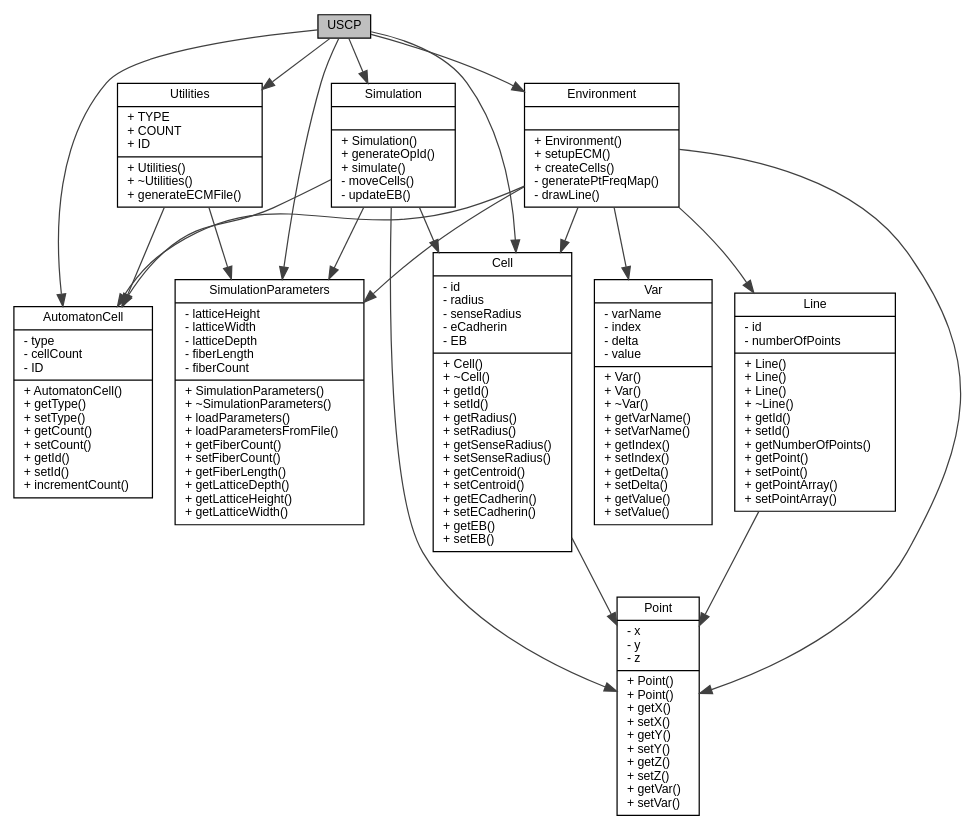
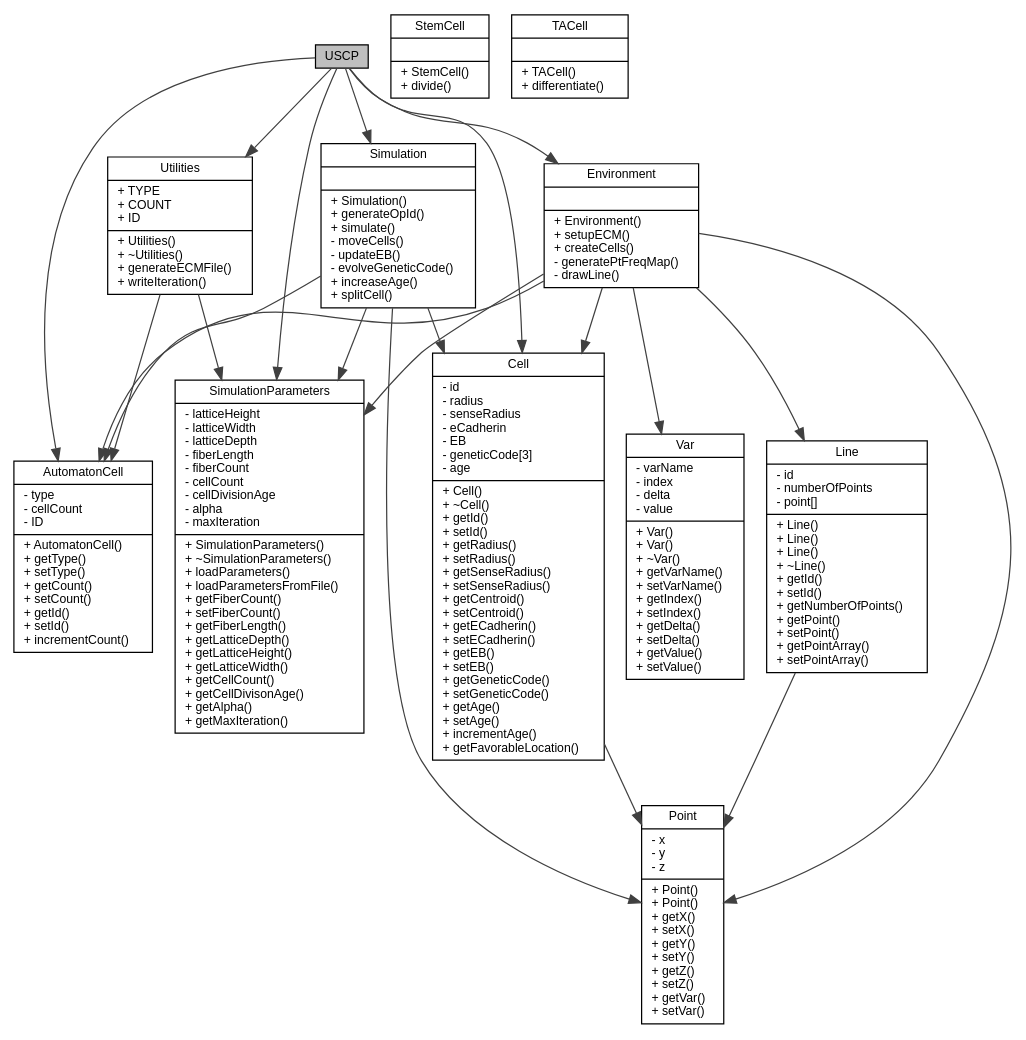
One commit to abhaymittal/Model-Stem-Cells changed the diagram in docs/diag/class_diag.dot. Above: the diagram before and after it, drawn with Graphviz. The commit also changed 1 other file, not shown here.

Commit message:
CLASS_DIAG => Added changes to existing classes and StemCell and TACell class.

```diff
--- a/docs/diag/class_diag.dot
+++ b/docs/diag/class_diag.dot
@@ -1,43 +1,72 @@
-digraph "Class_Diagram"
-{
-  edge [fontname="Helvetica",fontsize="10",labelfontname="Helvetica",labelfontsize="10"];
-  node [fontname="Helvetica",fontsize="10",shape=record];
-  uscp [label="USCP",height=0.2,width=0.4,color="black", fillcolor="grey75", style="filled" fontcolor="black"];
-  automaton_cell [label="{AutomatonCell\n|- type\l- cellCount\l- ID\l|+ AutomatonCell()\l+ getType()\l+ setType()\l+ getCount()\l+ setCount()\l+ getId()\l+ setId()\l+ incrementCount()\l}",height=0.2,width=0.4,color="black", fillcolor="white", style="filled" fontcolor="black"];
-  cell [label="{Cell\n|- id\l- radius\l- senseRadius\l- eCadherin\l- EB\l|+ Cell()\l+ ~Cell()\l+ getId()\l+ setId()\l+ getRadius()\l+ setRadius()\l+ getSenseRadius()\l+ setSenseRadius()\l+ getCentroid()\l+ setCentroid()\l+ getECadherin()\l+ setECadherin()\l+ getEB()\l+ setEB()\l}",height=0.2,width=0.4,color="black", fillcolor="white", style="filled" fontcolor="black"];
-  environment [label="{Environment\n||+ Environment()\l+ setupECM()\l+ createCells()\l- generatePtFreqMap()\l- drawLine()\l}",height=0.2,width=0.4,color="black", fillcolor="white", style="filled" fontcolor="black"];
-  line [label="{Line\n|- id\l- numberOfPoints\l|+ Line()\l+ Line()\l+ Line()\l+ ~Line()\l+ getId()\l+ setId()\l+ getNumberOfPoints()\l+ getPoint()\l+ setPoint()\l+ getPointArray()\l+ setPointArray()\l}",height=0.2,width=0.4,color="black", fillcolor="white", style="filled" fontcolor="black"];
-  point [label="{Point\n|- x\l- y\l- z\l|+ Point()\l+ Point()\l+ getX()\l+ setX()\l+ getY()\l+ setY()\l+ getZ()\l+ setZ()\l+ getVar()\l+ setVar()\l}",height=0.2,width=0.4,color="black", fillcolor="white", style="filled" fontcolor="black"];
-  simulation [label="{Simulation\n||+ Simulation()\l+ generateOpId()\l+ simulate()\l- moveCells()\l- updateEB()\l}",height=0.2,width=0.4,color="black", fillcolor="white", style="filled" fontcolor="black"];
-  simulation_param [label="{SimulationParameters\n|- latticeHeight\l- latticeWidth\l- latticeDepth\l- fiberLength\l- fiberCount\l|+ SimulationParameters()\l+ ~SimulationParameters()\l+ loadParameters()\l+ loadParametersFromFile()\l+ getFiberCount()\l+ setFiberCount()\l+ getFiberLength()\l+ getLatticeDepth()\l+ getLatticeHeight()\l+ getLatticeWidth()\l}",height=0.2,width=0.4,color="black", fillcolor="white", style="filled" fontcolor="black"];
-  utilities [label="{Utilities\n|+ TYPE\l+ COUNT\l+ ID\l|+ Utilities()\l+ ~Utilities()\l+ generateECMFile()\l}",height=0.2,width=0.4,color="black", fillcolor="white", style="filled" fontcolor="black"];
-  var [label="{Var\n|- varName\l- index\l- delta\l- value\l|+ Var()\l+ Var()\l+ ~Var()\l+ getVarName()\l+ setVarName()\l+ getIndex()\l+ setIndex()\l+ getDelta()\l+ setDelta()\l+ getValue()\l+ setValue()\l}",height=0.2,width=0.4,color="black", fillcolor="white", style="filled" fontcolor="black"];
+digraph "Class_Diagram" {
+	
+	//----------------------------------------------------------------------------------------------
+	edge [fontname="Helvetica",fontsize="10",labelfontname="Helvetica",labelfontsize="10"];
 
+node [fontname="Helvetica",fontsize="10",shape=record];
+//----------------------------------------------------------------------------------------------
 
-  uscp -> automaton_cell [color="grey25",fontsize="10",style="solid" ,fontname="Helvetica"];
-  uscp -> cell [color="grey25",fontsize="10",style="solid" ,fontname="Helvetica"];
-  uscp -> environment [color="grey25",fontsize="10",style="solid" ,fontname="Helvetica"];
-  uscp -> simulation [color="grey25",fontsize="10",style="solid" ,fontname="Helvetica"];
-  uscp -> simulation_param [color="grey25",fontsize="10",style="solid" ,fontname="Helvetica"];
-  uscp -> utilities [color="grey25",fontsize="10",style="solid" ,fontname="Helvetica"];
+uscp [label="USCP",height=0.2,width=0.4,color="black", fillcolor="grey75", style="filled" fontcolor="black"];
 
-  cell -> point [color="grey25",fontsize="10",style="solid" ,fontname="Helvetica"];
+//----------------------------------------------------------------------------------------------
+automaton_cell [label="{AutomatonCell\n|- type\l- cellCount\l- ID\l|+ AutomatonCell()\l+ getType()\l+ setType()\l+ getCount()\l+ setCount()\l+ getId()\l+ setId()\l+ incrementCount()\l}",height=0.2,width=0.4,color="black", fillcolor="white", style="filled" fontcolor="black"];
 
-  environment -> automaton_cell [color="grey25",fontsize="10",style="solid" ,fontname="Helvetica"];
-  environment -> cell [color="grey25",fontsize="10",style="solid" ,fontname="Helvetica"];
-  environment -> line [color="grey25",fontsize="10",style="solid" ,fontname="Helvetica"];
-  environment -> point [color="grey25",fontsize="10",style="solid" ,fontname="Helvetica"];
-  environment -> simulation_param [color="grey25",fontsize="10",style="solid" ,fontname="Helvetica"];
-  environment -> var [color="grey25",fontsize="10",style="solid" ,fontname="Helvetica"];
+//----------------------------------------------------------------------------------------------
+cell [label="{Cell\n|- id\l- radius\l- senseRadius\l- eCadherin\l- EB\l- geneticCode[3]\l- age\l|+ Cell()\l+ ~Cell()\l+ getId()\l+ setId()\l+ getRadius()\l+ setRadius()\l+ getSenseRadius()\l+ setSenseRadius()\l+ getCentroid()\l+ setCentroid()\l+ getECadherin()\l+ setECadherin()\l+ getEB()\l+ setEB()\l+ getGeneticCode()\l+ setGeneticCode()\l+ getAge()\l+ setAge()\l+ incrementAge()\l+ getFavorableLocation()\l}",height=0.2,width=0.4,color="black", fillcolor="white", style="filled" fontcolor="black"];
 
-  line -> point [color="grey25",fontsize="10",style="solid" ,fontname="Helvetica"];
+//----------------------------------------------------------------------------------------------
+environment [label="{Environment\n||+ Environment()\l+ setupECM()\l+ createCells()\l- generatePtFreqMap()\l- drawLine()\l}",height=0.2,width=0.4,color="black", fillcolor="white", style="filled" fontcolor="black"];
 
-  simulation -> automaton_cell [color="grey25",fontsize="10",style="solid" ,fontname="Helvetica"];
-  simulation -> cell [color="grey25",fontsize="10",style="solid" ,fontname="Helvetica"];
-  simulation -> point [color="grey25",fontsize="10",style="solid" ,fontname="Helvetica"];
-  simulation -> simulation_param [color="grey25",fontsize="10",style="solid" ,fontname="Helvetica"];
-  
-  utilities -> automaton_cell [color="grey25",fontsize="10",style="solid" ,fontname="Helvetica"];
-  utilities -> simulation_param [color="grey25",fontsize="10",style="solid" ,fontname="Helvetica"];
-  
+//----------------------------------------------------------------------------------------------
+line [label="{Line\n|- id\l- numberOfPoints\l- point[]\l|+ Line()\l+ Line()\l+ Line()\l+ ~Line()\l+ getId()\l+ setId()\l+ getNumberOfPoints()\l+ getPoint()\l+ setPoint()\l+ getPointArray()\l+ setPointArray()\l}",height=0.2,width=0.4,color="black", fillcolor="white", style="filled" fontcolor="black"];
+
+//----------------------------------------------------------------------------------------------
+point [label="{Point\n|- x\l- y\l- z\l|+ Point()\l+ Point()\l+ getX()\l+ setX()\l+ getY()\l+ setY()\l+ getZ()\l+ setZ()\l+ getVar()\l+ setVar()\l}",height=0.2,width=0.4,color="black", fillcolor="white", style="filled" fontcolor="black"];
+
+//----------------------------------------------------------------------------------------------
+simulation [label="{Simulation\n||+ Simulation()\l+ generateOpId()\l+ simulate()\l- moveCells()\l- updateEB()\l- evolveGeneticCode()\l+ increaseAge()\l+ splitCell()\l}",height=0.2,width=0.4,color="black", fillcolor="white", style="filled" fontcolor="black"];
+
+//----------------------------------------------------------------------------------------------
+simulation_param [label="{SimulationParameters\n|- latticeHeight\l- latticeWidth\l- latticeDepth\l- fiberLength\l- fiberCount\l- cellCount\l- cellDivisionAge\l- alpha\l- maxIteration\l|+ SimulationParameters()\l+ ~SimulationParameters()\l+ loadParameters()\l+ loadParametersFromFile()\l+ getFiberCount()\l+ setFiberCount()\l+ getFiberLength()\l+ getLatticeDepth()\l+ getLatticeHeight()\l+ getLatticeWidth()\l+ getCellCount()\l+ getCellDivisonAge()\l+ getAlpha()\l+ getMaxIteration()\l}",height=0.2,width=0.4,color="black", fillcolor="white", style="filled" fontcolor="black"];
+
+//----------------------------------------------------------------------------------------------
+utilities [label="{Utilities\n|+ TYPE\l+ COUNT\l+ ID\l|+ Utilities()\l+ ~Utilities()\l+ generateECMFile()\l+ writeIteration()\l}",height=0.2,width=0.4,color="black", fillcolor="white", style="filled" fontcolor="black"];
+
+//----------------------------------------------------------------------------------------------
+var [label="{Var\n|- varName\l- index\l- delta\l- value\l|+ Var()\l+ Var()\l+ ~Var()\l+ getVarName()\l+ setVarName()\l+ getIndex()\l+ setIndex()\l+ getDelta()\l+ setDelta()\l+ getValue()\l+ setValue()\l}",height=0.2,width=0.4,color="black", fillcolor="white", style="filled" fontcolor="black"];
+
+//----------------------------------------------------------------------------------------------
+stem_cell [label="{StemCell\n||+ StemCell()\l+ divide()\l}",height=0.2,width=0.4,color="black", fillcolor="white", style="filled" fontcolor="black"];
+
+//----------------------------------------------------------------------------------------------
+ta_cell [label="{TACell\n||+ TACell()\l+ differentiate()\l}",height=0.2,width=0.4,color="black", fillcolor="white", style="filled" fontcolor="black"];
+
+//----------------------------------------------------------------------------------------------
+uscp -> automaton_cell
+ [color="grey25",fontsize="10",style="solid" ,fontname="Helvetica"];
+uscp -> cell [color="grey25",fontsize="10",style="solid" ,fontname="Helvetica"];
+uscp -> environment [color="grey25",fontsize="10",style="solid" ,fontname="Helvetica"];
+uscp -> simulation [color="grey25",fontsize="10",style="solid" ,fontname="Helvetica"];
+uscp -> simulation_param [color="grey25",fontsize="10",style="solid" ,fontname="Helvetica"];
+uscp -> utilities [color="grey25",fontsize="10",style="solid" ,fontname="Helvetica"];
+
+cell -> point [color="grey25",fontsize="10",style="solid" ,fontname="Helvetica"];
+
+environment -> automaton_cell [color="grey25",fontsize="10",style="solid" ,fontname="Helvetica"];
+environment -> cell [color="grey25",fontsize="10",style="solid" ,fontname="Helvetica"];
+environment -> line [color="grey25",fontsize="10",style="solid" ,fontname="Helvetica"];
+environment -> point [color="grey25",fontsize="10",style="solid" ,fontname="Helvetica"];
+environment -> simulation_param [color="grey25",fontsize="10",style="solid" ,fontname="Helvetica"];
+environment -> var [color="grey25",fontsize="10",style="solid" ,fontname="Helvetica"];
+
+line -> point [color="grey25",fontsize="10",style="solid" ,fontname="Helvetica"];
+
+simulation -> automaton_cell [color="grey25",fontsize="10",style="solid" ,fontname="Helvetica"];
+simulation -> cell [color="grey25",fontsize="10",style="solid" ,fontname="Helvetica"];
+simulation -> point [color="grey25",fontsize="10",style="solid" ,fontname="Helvetica"];
+simulation -> simulation_param [color="grey25",fontsize="10",style="solid" ,fontname="Helvetica"];
+
+utilities -> automaton_cell [color="grey25",fontsize="10",style="solid" ,fontname="Helvetica"];
+utilities -> simulation_param [color="grey25",fontsize="10",style="solid" ,fontname="Helvetica"];
+
 }
```
